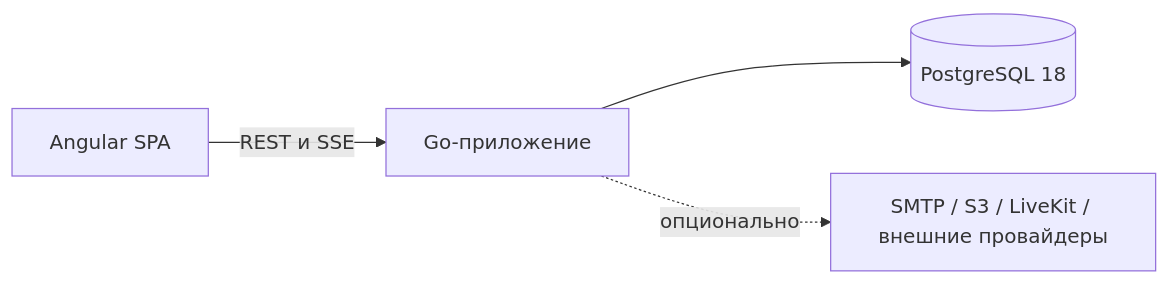
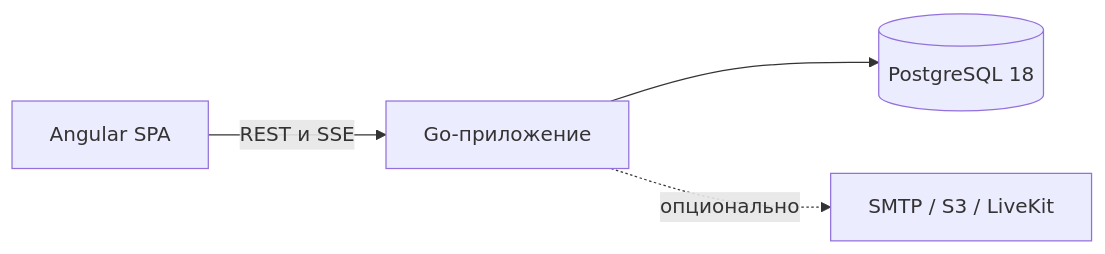
One commit to intrider-dev/veltrix-crm changed the diagram in README.ru.md. Above: the diagram before and after it, drawn with Mermaid. The commit also changed other lines of this file and 8 other files, not shown here.

````diff
--- a/README.ru.md
+++ b/README.ru.md
@@ -52,6 +53,6 @@
 ```mermaid
 flowchart LR
   Browser[Angular SPA] -->|REST и SSE| App[Go-приложение]
   App --> PostgreSQL[(PostgreSQL 18)]
-  App -. опционально .-> Services[SMTP / S3 / LiveKit / внешние провайдеры]
+  App -. опционально .-> Services[SMTP / S3 / LiveKit]
 ```
````
